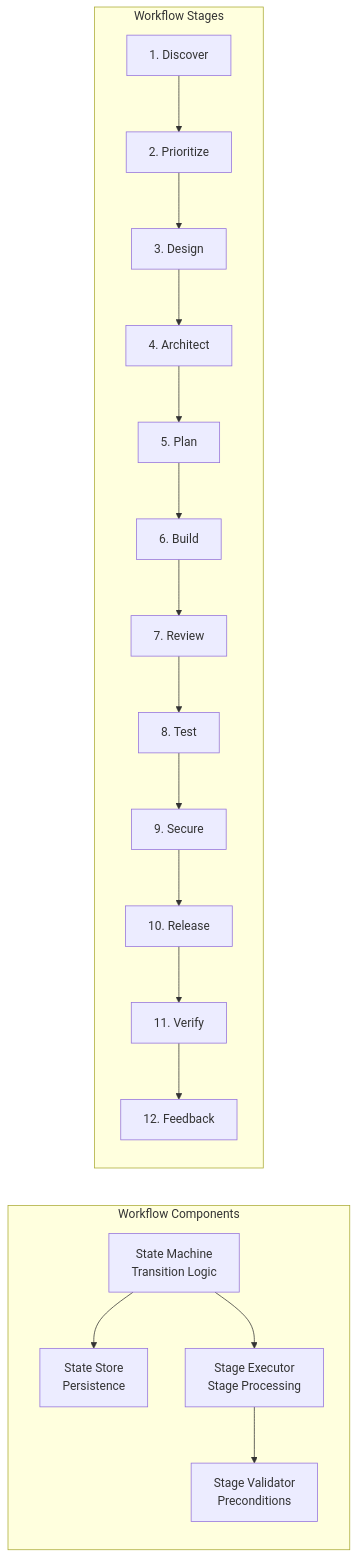
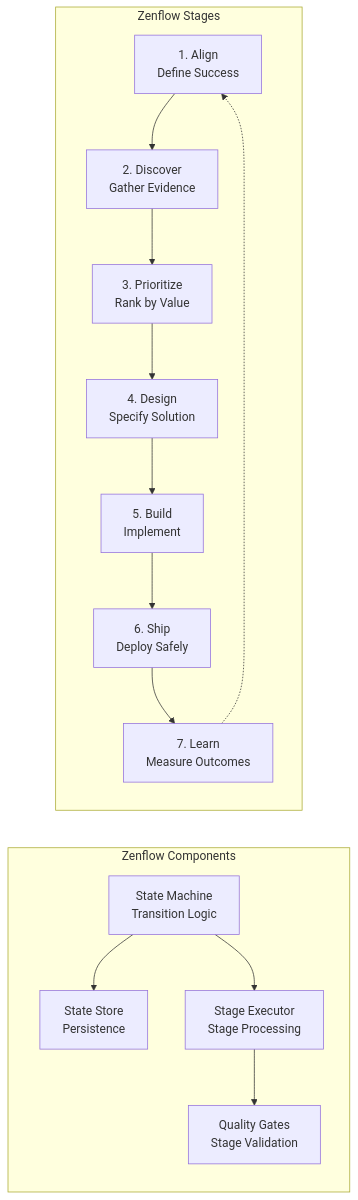
The fourth of 7 diagrams in docs/architecture/views/components.md (daddia/zen-cli), drawn with Mermaid before and after one commit. The commit also changed other lines of this file and 4 other files, not shown here.

Commit message:
docs: update architecture docs with Zenflow Engine and update related documentation to reflect the new 7-stage unified workflow, enhancing clarity and consistency across architecture documents.

````diff
--- a/docs/architecture/views/components.md
+++ b/docs/architecture/views/components.md
@@ -152,31 +154,26 @@
 ```mermaid
 graph LR
-    subgraph "Workflow Components"
+    subgraph "Zenflow Components"
         StateMachine[State Machine<br/>Transition Logic]
         StateStore[State Store<br/>Persistence]
         Executor[Stage Executor<br/>Stage Processing]
-        Validator[Stage Validator<br/>Preconditions]
+        Validator[Quality Gates<br/>Stage Validation]
     end
     
-    subgraph "Workflow Stages"
-        S1[1. Discover]
-        S2[2. Prioritize]
-        S3[3. Design]
-        S4[4. Architect]
-        S5[5. Plan]
-        S6[6. Build]
-        S7[7. Review]
-        S8[8. Test]
-        S9[9. Secure]
-        S10[10. Release]
-        S11[11. Verify]
-        S12[12. Feedback]
+    subgraph "Zenflow Stages"
+        S1[1. Align<br/>Define Success]
+        S2[2. Discover<br/>Gather Evidence]
+        S3[3. Prioritize<br/>Rank by Value]
+        S4[4. Design<br/>Specify Solution]
+        S5[5. Build<br/>Implement]
+        S6[6. Ship<br/>Deploy Safely]
+        S7[7. Learn<br/>Measure Outcomes]
     end
     
     StateMachine --> StateStore
     StateMachine --> Executor
     Executor --> Validator
     
-    S1 --> S2 --> S3 --> S4 --> S5 --> S6
-    S6 --> S7 --> S8 --> S9 --> S10 --> S11 --> S12
+    S1 --> S2 --> S3 --> S4 --> S5 --> S6 --> S7
+    S7 -.-> S1
 ```
````
